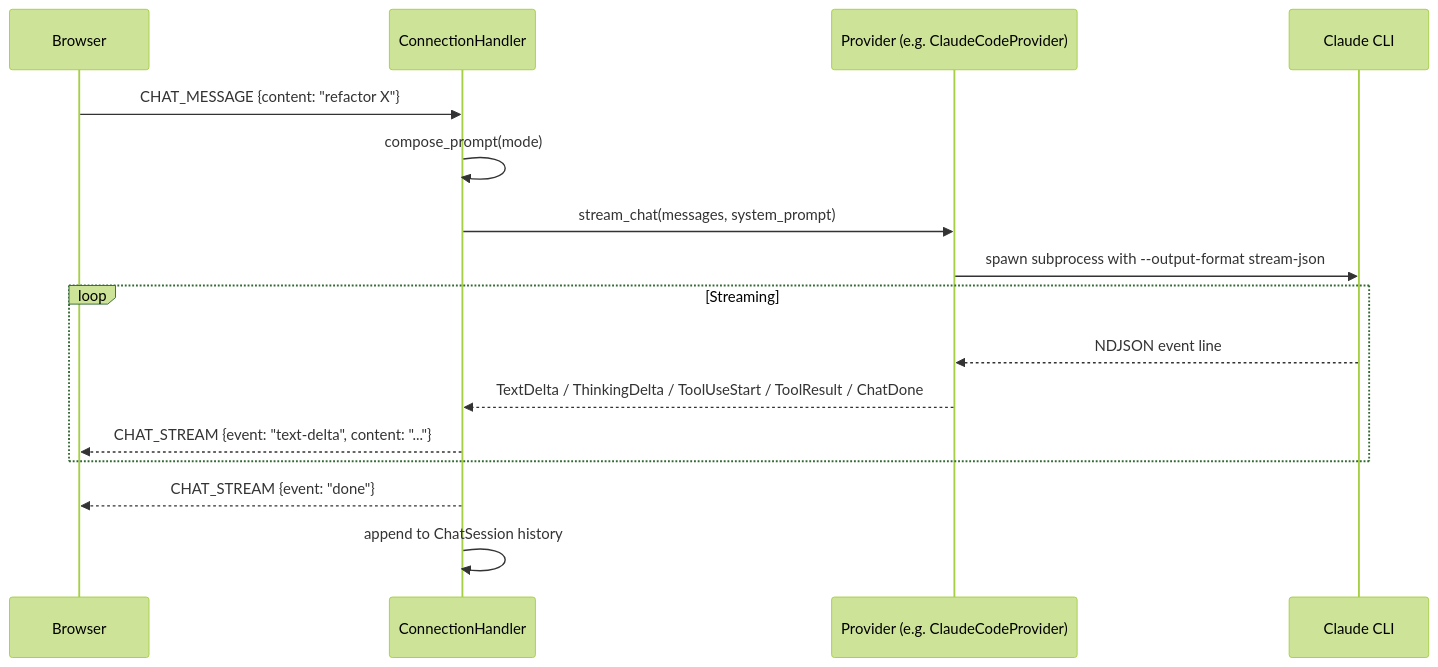
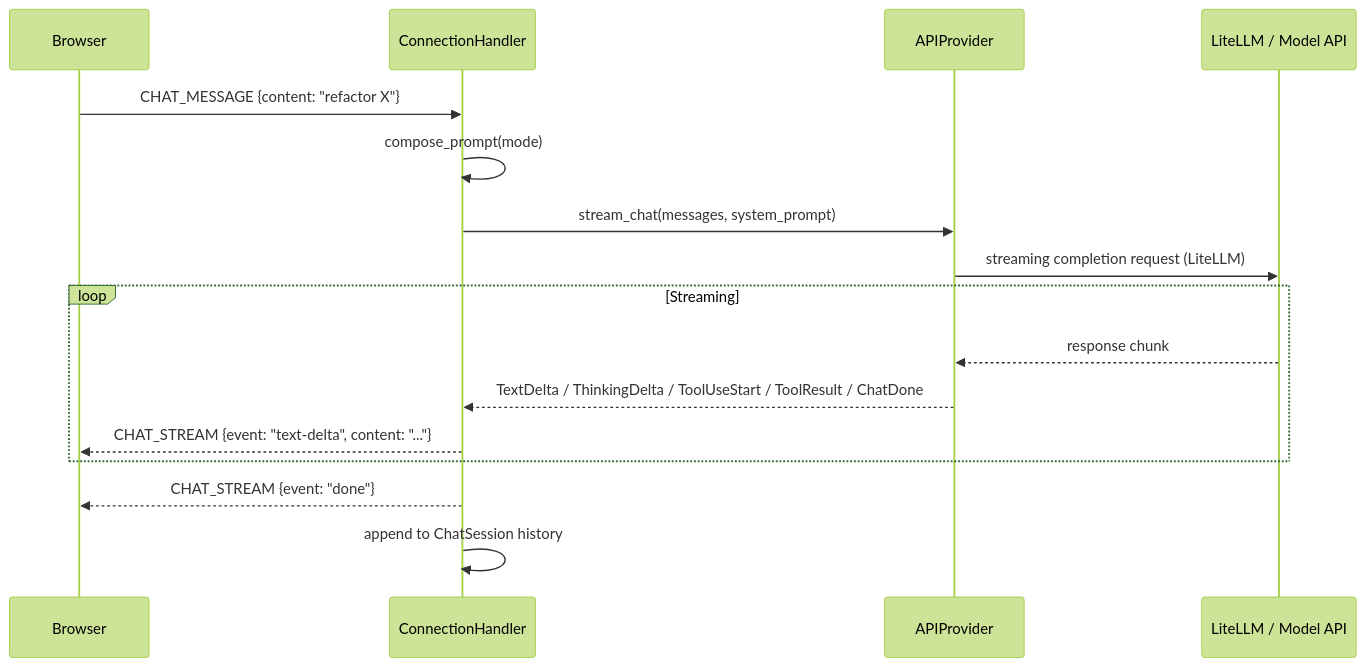
One commit to GTFerguson/cade changed the third of 8 diagrams in docs/architecture/data-flow.md. Above: the diagram before and after it, drawn with Mermaid (forest theme). The commit also changed other lines of this file and 14 other files, not shown here.

First line of the commit message:
Providers: remove headless claude-code -p provider

````diff
--- a/docs/architecture/data-flow.md
+++ b/docs/architecture/data-flow.md
@@ -75,23 +75,23 @@
 ```mermaid
 sequenceDiagram
     participant B as Browser
     participant WS as ConnectionHandler
-    participant PROV as Provider (e.g. ClaudeCodeProvider)
-    participant CC as Claude CLI
+    participant PROV as APIProvider
+    participant LLM as LiteLLM / Model API
 
     B->>WS: CHAT_MESSAGE {content: "refactor X"}
 
     WS->>WS: compose_prompt(mode)
     WS->>PROV: stream_chat(messages, system_prompt)
 
-    PROV->>CC: spawn subprocess with --output-format stream-json
+    PROV->>LLM: streaming completion request (LiteLLM)
 
     loop Streaming
-        CC-->>PROV: NDJSON event line
+        LLM-->>PROV: response chunk
         PROV-->>WS: TextDelta / ThinkingDelta / ToolUseStart / ToolResult / ChatDone
         WS-->>B: CHAT_STREAM {event: "text-delta", content: "..."}
     end
 
     WS-->>B: CHAT_STREAM {event: "done"}
     WS->>WS: append to ChatSession history
 ```
````
